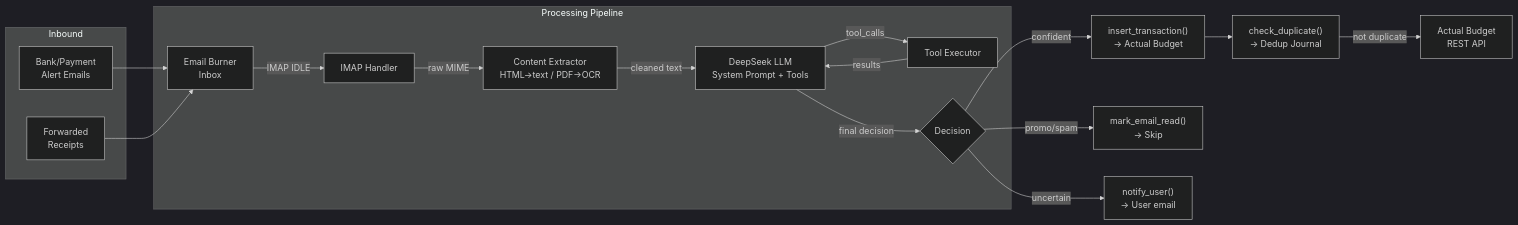
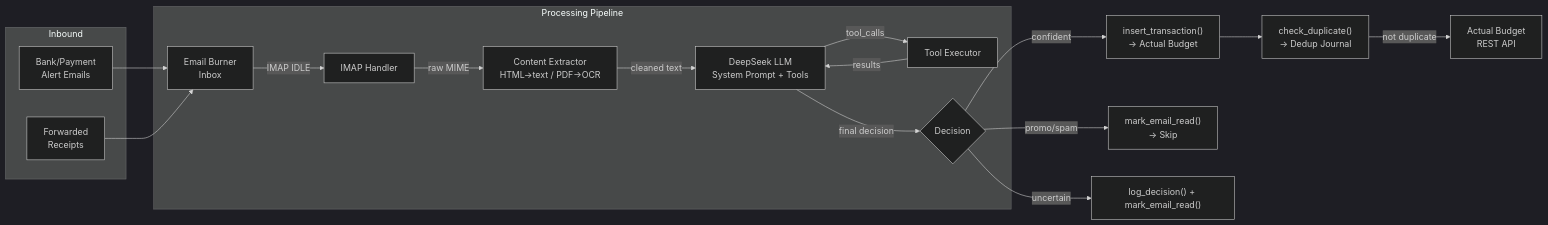
The second of 10 diagrams in design.md (darrencjh8/darren-openclaw), drawn with Mermaid (dark theme) before and after one commit. The commit also changed other lines of this file and 21 other files, not shown here.

````diff
--- a/design.md
+++ b/design.md
@@ -171,26 +169,26 @@
 ```mermaid
 graph LR
     subgraph Inbound["Inbound"]
         E["Bank/Payment<br/>Alert Emails"]
         F["Forwarded<br/>Receipts"]
     end
 
     E --> Inbox
     F --> Inbox
 
     subgraph Processing["Processing Pipeline"]
         Inbox["Email Burner<br/>Inbox"] -->|"IMAP IDLE"| Handler["IMAP Handler"]
         Handler -->|"raw MIME"| Extract["Content Extractor<br/>HTML→text / PDF→OCR"]
         Extract -->|"cleaned text"| LLM["DeepSeek LLM<br/>System Prompt + Tools"]
         LLM -->|"tool_calls"| Executor["Tool Executor"]
         Executor -->|"results"| LLM
         LLM -->|"final decision"| Decision{Decision}
     end
 
     Decision -->|"confident"| Insert["insert_transaction()<br/>→ Actual Budget"]
     Decision -->|"promo/spam"| Skip["mark_email_read()<br/>→ Skip"]
-    Decision -->|"uncertain"| Notify["notify_user()<br/>→ User email"]
+    Decision -->|"uncertain"| Notify["log_decision() + mark_email_read()"]
 
     Insert --> Dedup["check_duplicate()<br/>→ Dedup Journal"]
     Dedup -->|"not duplicate"| AB_API["Actual Budget<br/>REST API"]
 ```
````
